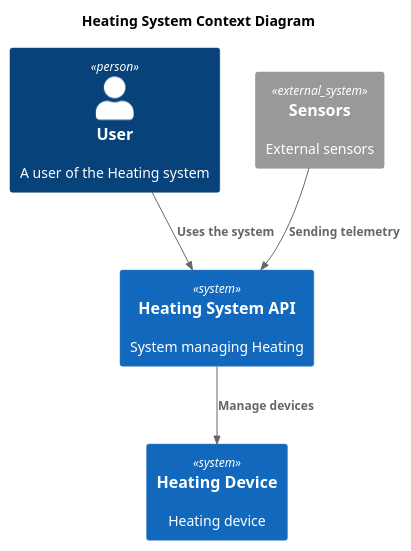
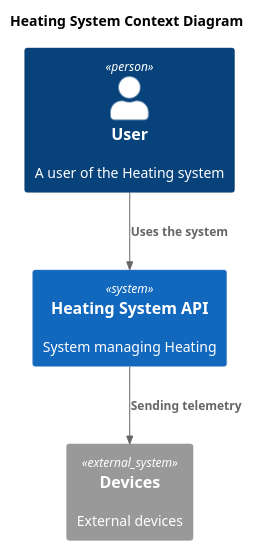
One commit to vskurikhin/architecture-sprint-3 changed the diagram in docs/smart-home-monolith-Context.puml. Above: the diagram before and after it, drawn with PlantUML. The commit also changed 95 other files, not shown here.

```diff
--- a/docs/smart-home-monolith-Context.puml
+++ b/docs/smart-home-monolith-Context.puml
@@ -1,22 +1,19 @@
 @startuml
 !include C4.puml
 !include C4_Context.puml
 !include C4_Container.puml
 !include C4_Component.puml
 
 title Heating System Context Diagram
 
 top to bottom direction
 
 Person(user, "User", "A user of the Heating system")
 System(HeatingSystem, "Heating System API", "System managing Heating")
-System(HeatingDevice, "Heating Device", "Heating device")
 
-System_Ext(sensors, "Sensors", "External sensors")
-System_Ext(sensors, "Sensors", "External sensors")
+System_Ext(devices, "Devices", "External devices")
 
 Rel(user, HeatingSystem, "Uses the system")
-Rel(HeatingSystem, HeatingDevice, "Manage devices")
-Rel(sensors, HeatingSystem, "Sending telemetry")
+Rel(HeatingSystem, devices, "Sending telemetry")
 
 @enduml
```
